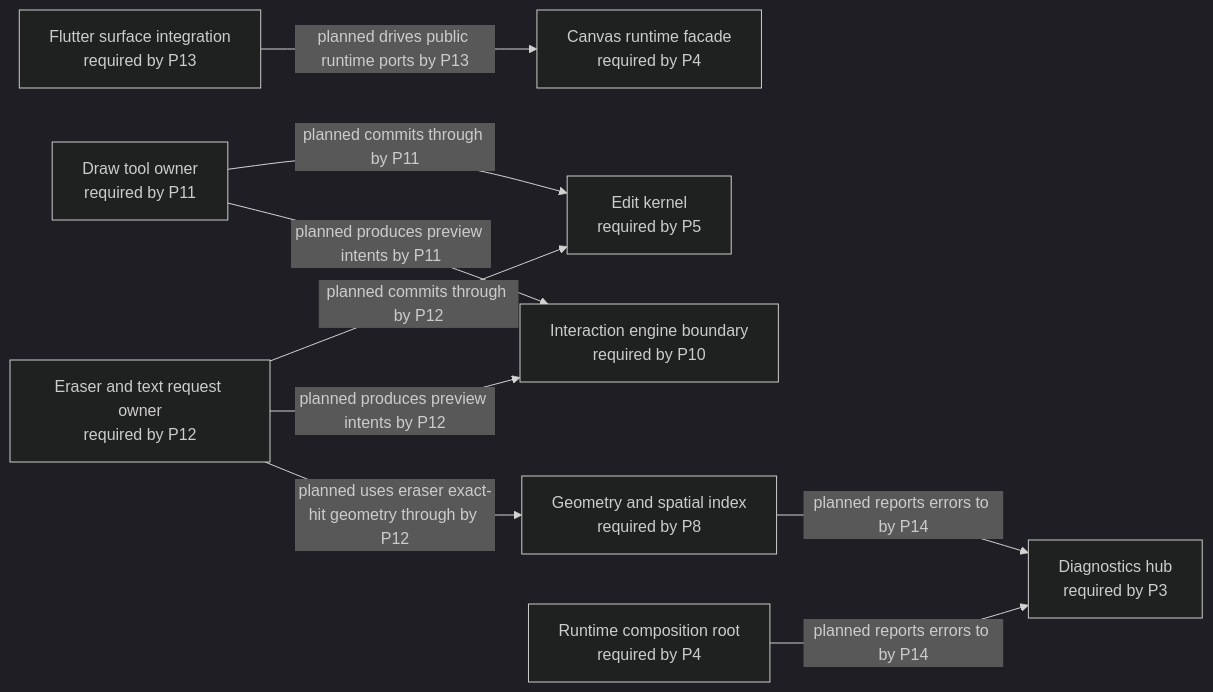
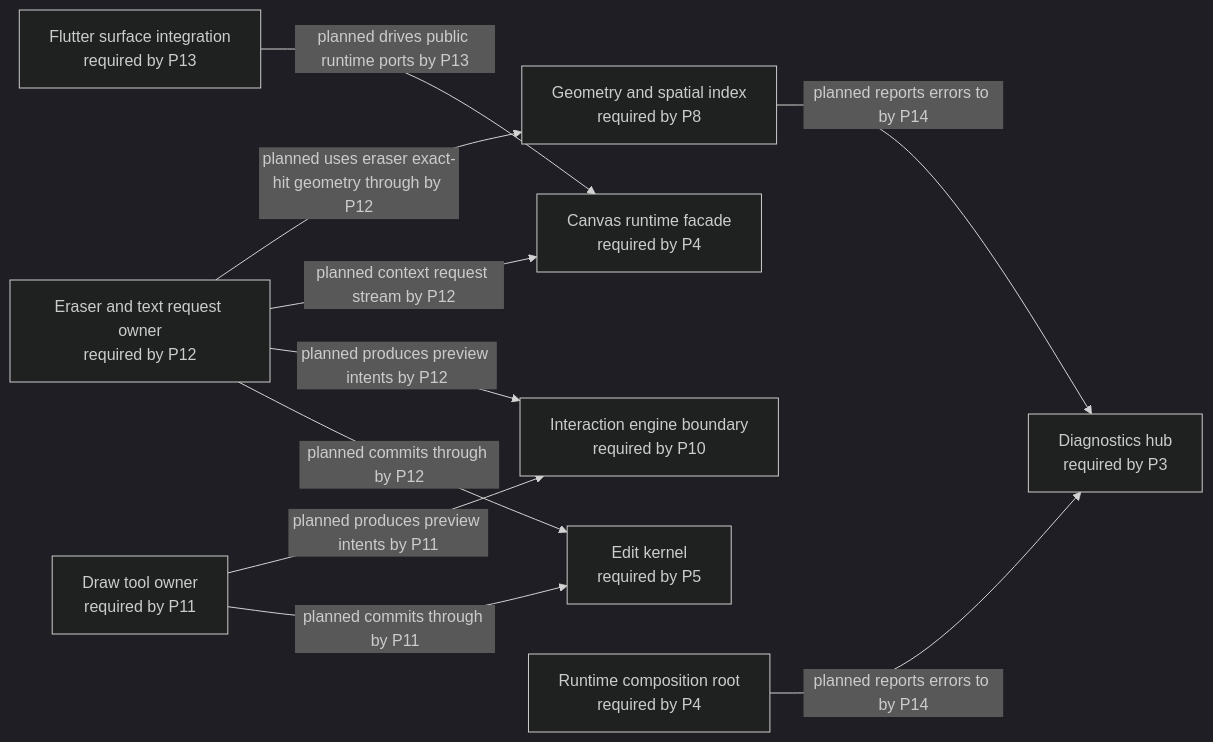
The diagram in docs/diagrams/generated/future_target.mmd (GreatPika/iwb_canvas_engine), drawn with Mermaid (dark theme) before and after one commit. The commit also changed 27 other files, not shown here.

```diff
--- a/docs/diagrams/generated/future_target.mmd
+++ b/docs/diagrams/generated/future_target.mmd
@@ -1,23 +1,24 @@
 %% GENERATED FILE. Do not edit by hand.
 %% Source: docs/architecture/architecture_graph.yaml
 %% View: Future target architecture graph
 %% Selected phase: P10
 %% Note: Shows future planned edges after the selected phase plus their endpoint nodes for context.
 flowchart LR
   api_canvas_runtime["Canvas runtime facade<br/>required by P4"]
   diagnostics_hub["Diagnostics hub<br/>required by P3"]
   draw_tools["Draw tool owner<br/>required by P11"]
   edit_kernel["Edit kernel<br/>required by P5"]
   eraser_text_request["Eraser and text request owner<br/>required by P12"]
   flutter_surface["Flutter surface integration<br/>required by P13"]
   geometry_spatial_index["Geometry and spatial index<br/>required by P8"]
   interaction_engine["Interaction engine boundary<br/>required by P10"]
   runtime_root["Runtime composition root<br/>required by P4"]
   draw_tools -->|planned commits through by P11| edit_kernel
   draw_tools -->|planned produces preview intents by P11| interaction_engine
   eraser_text_request -->|planned commits through by P12| edit_kernel
   eraser_text_request -->|planned produces preview intents by P12| interaction_engine
+  eraser_text_request -->|planned context request stream by P12| api_canvas_runtime
   eraser_text_request -->|planned uses eraser exact-hit geometry through by P12| geometry_spatial_index
   flutter_surface -->|planned drives public runtime ports by P13| api_canvas_runtime
   geometry_spatial_index -->|planned reports errors to by P14| diagnostics_hub
   runtime_root -->|planned reports errors to by P14| diagnostics_hub
```
